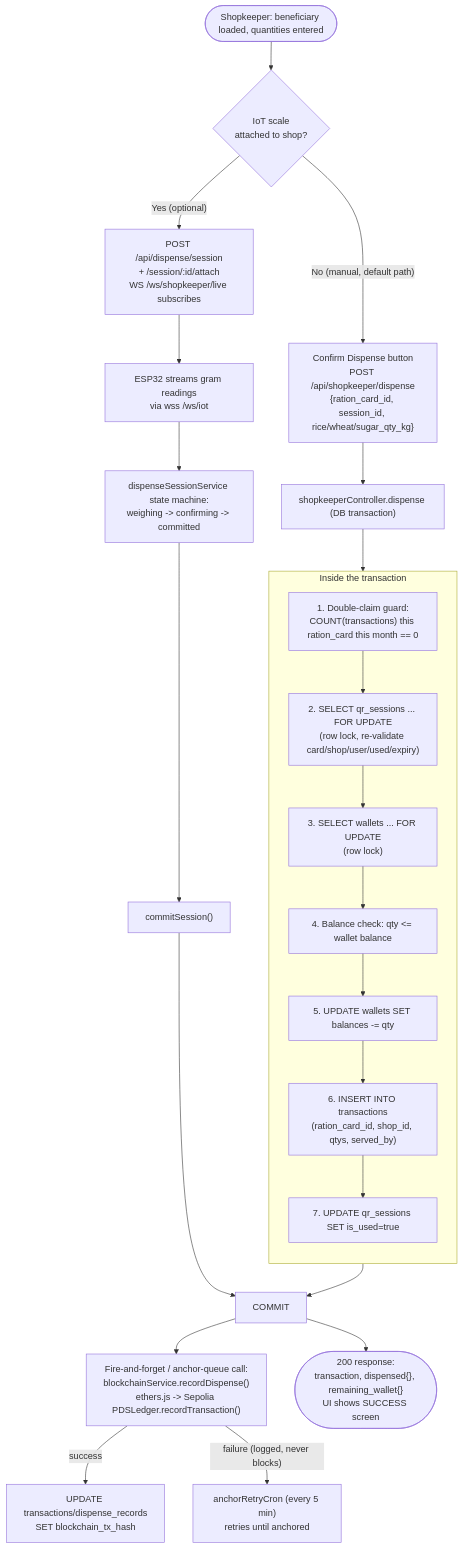
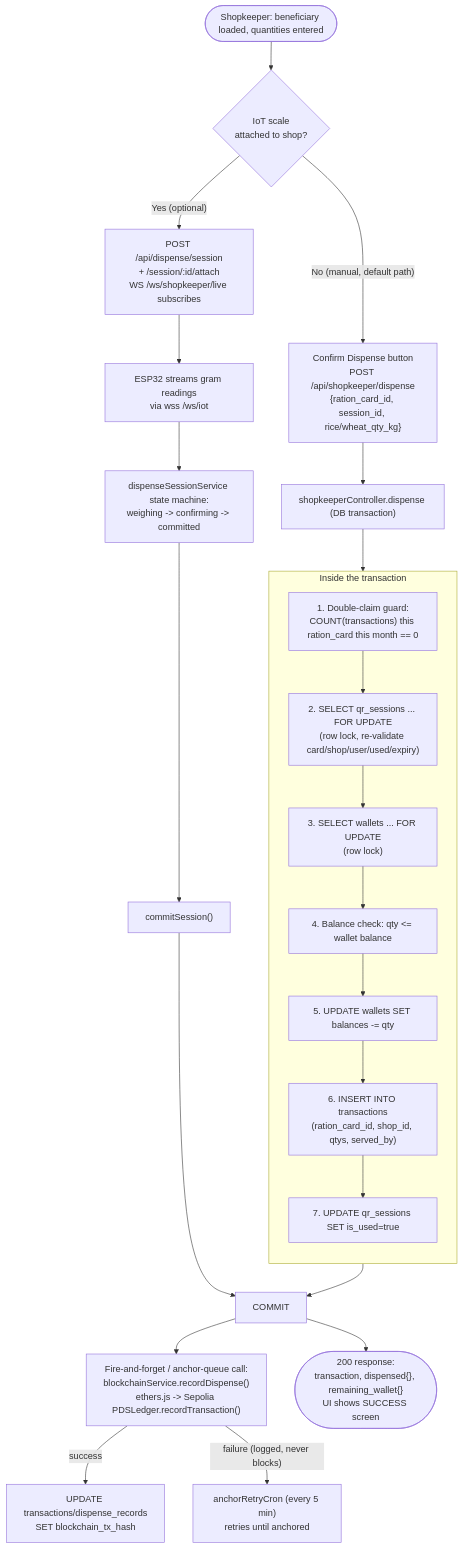
One commit to shravanimire-gif/Major-PDS changed the fourth of 5 diagrams in plan.md. Above: the diagram before and after it, drawn with Mermaid. The commit also changed other lines of this file and 112 other files, not shown here.

````diff
--- a/plan.md
+++ b/plan.md
@@ -190,35 +190,35 @@
 ```mermaid
 flowchart TD
     Start(["Shopkeeper: beneficiary loaded, quantities entered"]) --> Branch{"IoT scale\nattached to shop?"}
 
-    Branch -- "No (manual, default path)" --> Confirm["Confirm Dispense button\nPOST /api/shopkeeper/dispense\n{ration_card_id, session_id, rice/wheat/sugar_qty_kg}"]
+    Branch -- "No (manual, default path)" --> Confirm["Confirm Dispense button\nPOST /api/shopkeeper/dispense\n{ration_card_id, session_id, rice/wheat_qty_kg}"]
 
     Branch -- "Yes (optional)" --> Weigh["POST /api/dispense/session\n+ /session/:id/attach\nWS /ws/shopkeeper/live subscribes"]
     Weigh --> ESP32["ESP32 streams gram readings\nvia wss /ws/iot"]
     ESP32 --> StateMachine["dispenseSessionService state machine:\nweighing -> confirming -> committed"]
     StateMachine --> Commit["commitSession()"]
 
     Confirm --> Tx["shopkeeperController.dispense (DB transaction)"]
 
     subgraph TxSteps["Inside the transaction"]
         direction TB
         T1["1. Double-claim guard:\nCOUNT(transactions) this ration_card this month == 0"]
         T2["2. SELECT qr_sessions ... FOR UPDATE\n(row lock, re-validate card/shop/user/used/expiry)"]
         T3["3. SELECT wallets ... FOR UPDATE\n(row lock)"]
         T4["4. Balance check: qty <= wallet balance"]
         T5["5. UPDATE wallets SET balances -= qty"]
         T6["6. INSERT INTO transactions\n(ration_card_id, shop_id, qtys, served_by)"]
         T7["7. UPDATE qr_sessions SET is_used=true"]
         T1-->T2-->T3-->T4-->T5-->T6-->T7
     end
 
     Tx --> TxSteps
     TxSteps --> CommitDB["COMMIT"]
     Commit --> CommitDB
 
     CommitDB --> Anchor["Fire-and-forget / anchor-queue call:\nblockchainService.recordDispense()\nethers.js -> Sepolia PDSLedger.recordTransaction()"]
     Anchor -- "success" --> Patch["UPDATE transactions/dispense_records\nSET blockchain_tx_hash"]
     Anchor -- "failure (logged, never blocks)" --> Retry["anchorRetryCron (every 5 min)\nretries until anchored"]
 
     CommitDB --> Success(["200 response:\ntransaction, dispensed{}, remaining_wallet{}\nUI shows SUCCESS screen"])
 ```
````
